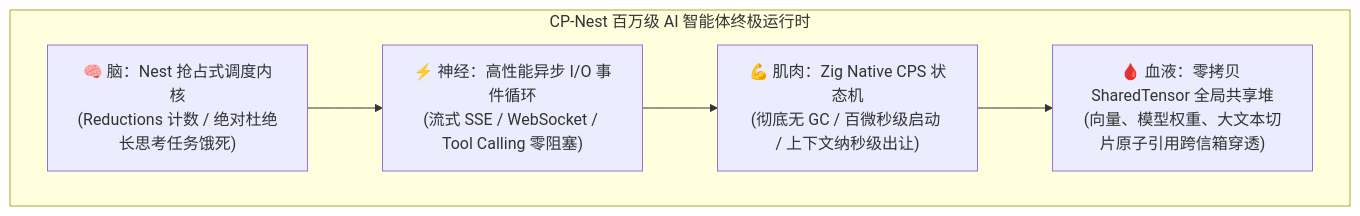
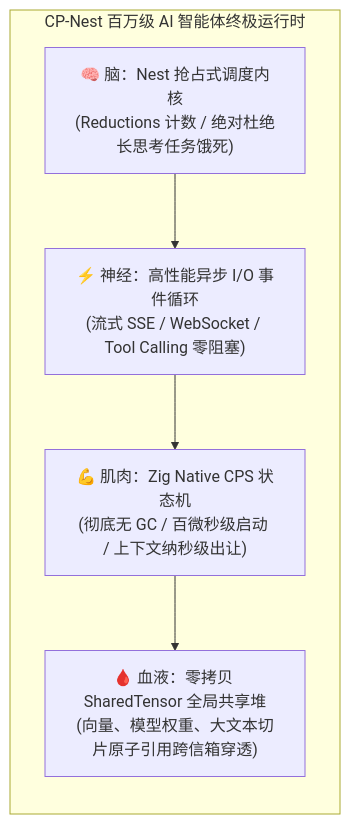
The first of 3 diagrams in cp_ref.md (cp-lang/cp), drawn with Mermaid before and after one commit. The commit also changed other lines of this file, not shown here.

````diff
--- a/cp_ref.md
+++ b/cp_ref.md
@@ -182,12 +182,12 @@
 ```mermaid
-flowchart TD
+flowchart LR
     subgraph CP_Nest_Architecture ["CP-Nest 百万级 AI 智能体终极运行时"]
         Brain["🧠 脑：Nest 抢占式调度内核<br/>(Reductions 计数 / 绝对杜绝长思考任务饿死)"]
         Nerve["⚡ 神经：高性能异步 I/O 事件循环<br/>(流式 SSE / WebSocket / Tool Calling 零阻塞)"]
         Muscle["💪 肌肉：Zig Native CPS 状态机<br/>(彻底无 GC / 百微秒级启动 / 上下文纳秒级出让)"]
         Blood["🩸 血液：零拷贝 SharedTensor 全局共享堆<br/>(向量、模型权重、大文本切片原子引用跨信箱穿透)"]
     end
     Brain --> Nerve
     Nerve --> Muscle
     Muscle --> Blood
 ```
````
